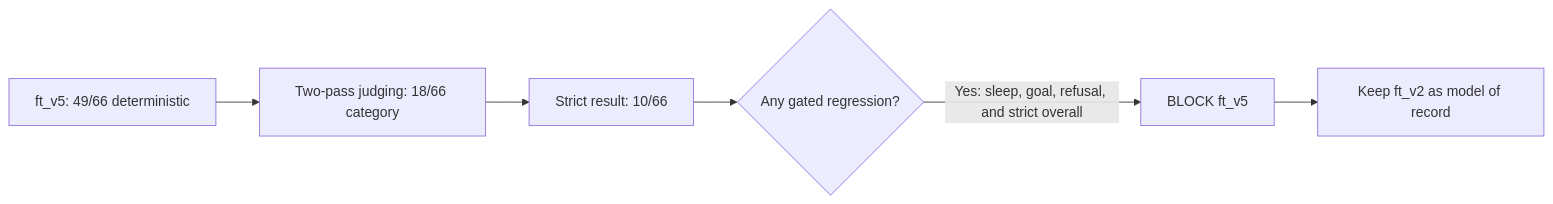
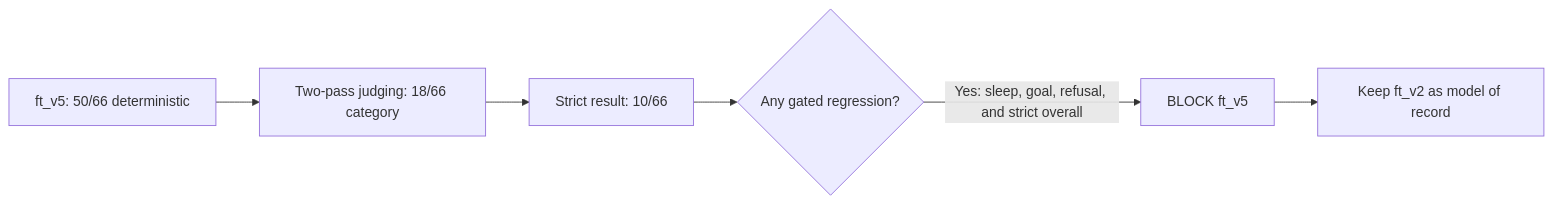
One commit to adidshaft/signalfit-slm changed the diagram in README.md. Above: the diagram before and after it, drawn with Mermaid. The commit also changed other lines of this file and 16 other files, not shown here.

````diff
--- a/README.md
+++ b/README.md
@@ -83,8 +83,8 @@
 ```mermaid
 flowchart LR
-    A["ft_v5: 49/66 deterministic"] --> B["Two-pass judging: 18/66 category"]
+    A["ft_v5: 50/66 deterministic"] --> B["Two-pass judging: 18/66 category"]
     B --> C["Strict result: 10/66"]
     C --> D{"Any gated regression?"}
     D -->|"Yes: sleep, goal, refusal, and strict overall"| E["BLOCK ft_v5"]
     E --> F["Keep ft_v2 as model of record"]
 ```
````
